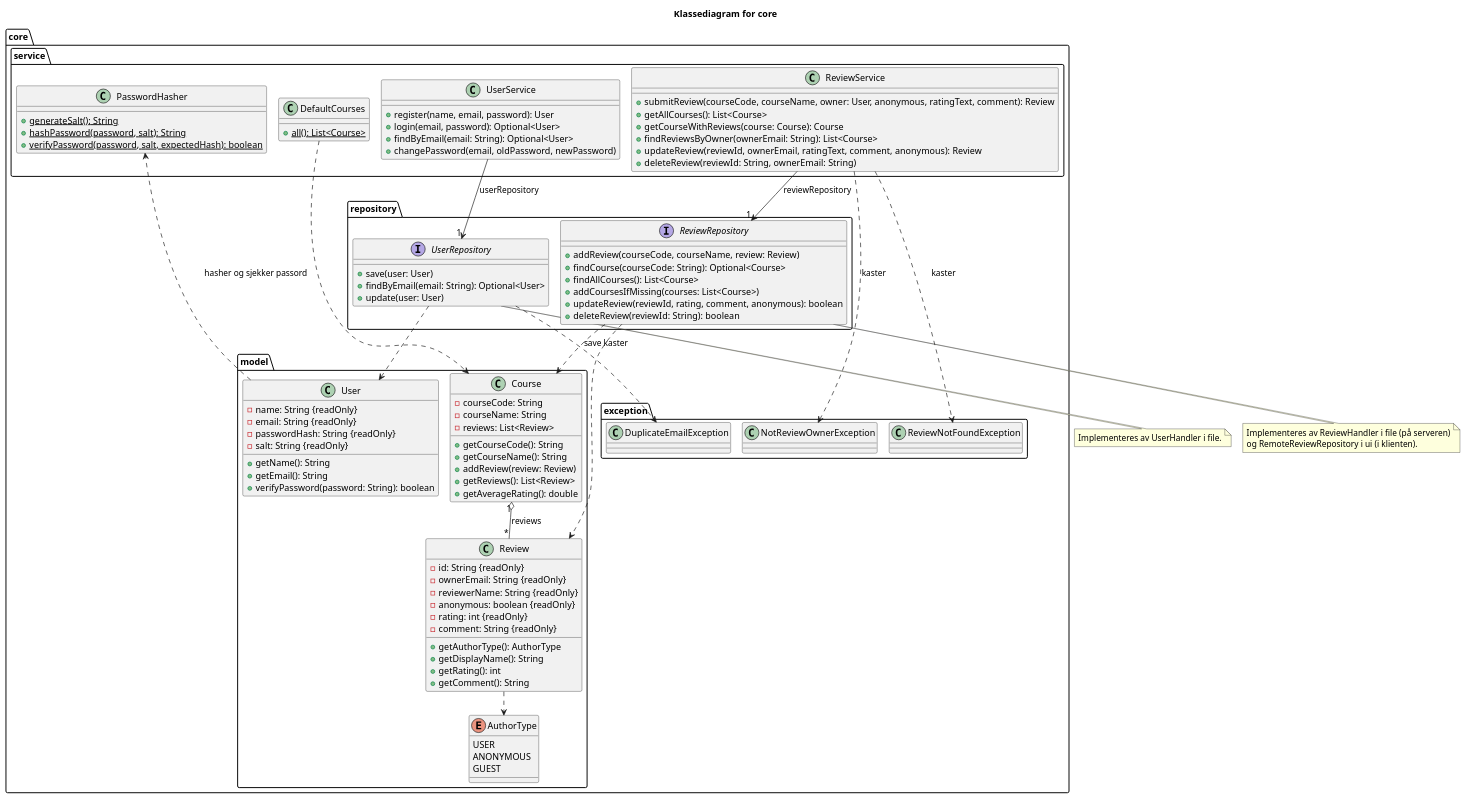
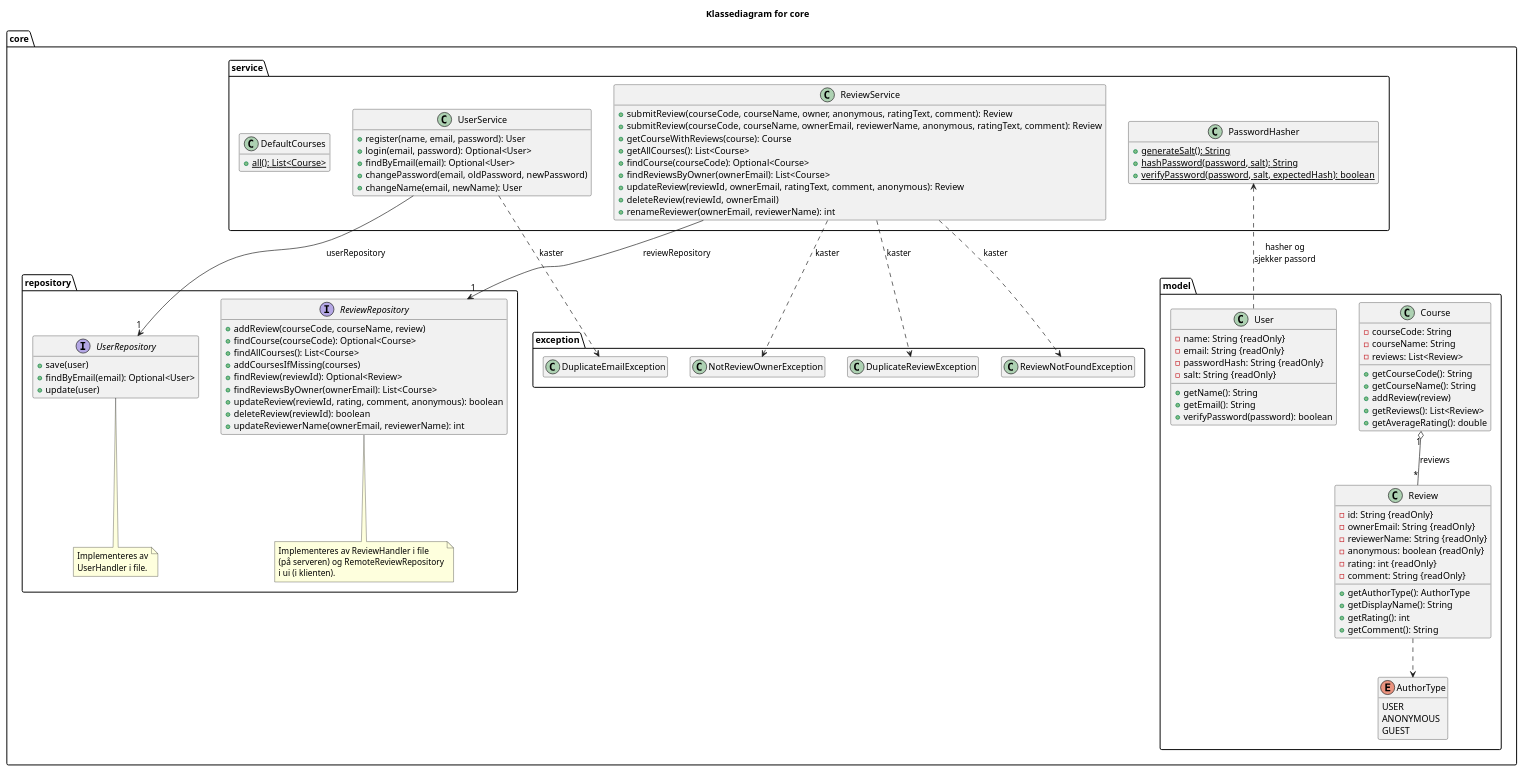
One commit to JesperBarosen/BIThub changed the diagram in arkitektur/klassediagramCore.puml. Above: the diagram before and after it, drawn with PlantUML. The commit also changed 11 other files, not shown here.

First line of the commit message:
Rydd i UML-diagrammene og vis 409

```diff
--- a/arkitektur/klassediagramCore.puml
+++ b/arkitektur/klassediagramCore.puml
@@ -1,123 +1,130 @@
-@startuml
-!pragma layout smetana
+@startuml klassediagramCore
+hide empty members
 
 title Klassediagram for core
+
+package core.service {
+    class UserService {
+        + register(name, email, password): User
+        + login(email, password): Optional<User>
+        + findByEmail(email): Optional<User>
+        + changePassword(email, oldPassword, newPassword)
+        + changeName(email, newName): User
+    }
+
+    class ReviewService {
+        + submitReview(courseCode, courseName, owner, anonymous, ratingText, comment): Review
+        + submitReview(courseCode, courseName, ownerEmail, reviewerName, anonymous, ratingText, comment): Review
+        + getCourseWithReviews(course): Course
+        + getAllCourses(): List<Course>
+        + findCourse(courseCode): Optional<Course>
+        + findReviewsByOwner(ownerEmail): List<Course>
+        + updateReview(reviewId, ownerEmail, ratingText, comment, anonymous): Review
+        + deleteReview(reviewId, ownerEmail)
+        + renameReviewer(ownerEmail, reviewerName): int
+    }
+
+    class PasswordHasher {
+        + {static} generateSalt(): String
+        + {static} hashPassword(password, salt): String
+        + {static} verifyPassword(password, salt, expectedHash): boolean
+    }
+
+    class DefaultCourses {
+        + {static} all(): List<Course>
+    }
+}
+
+package core.repository {
+    interface UserRepository {
+        + save(user)
+        + findByEmail(email): Optional<User>
+        + update(user)
+    }
+
+    interface ReviewRepository {
+        + addReview(courseCode, courseName, review)
+        + findCourse(courseCode): Optional<Course>
+        + findAllCourses(): List<Course>
+        + addCoursesIfMissing(courses)
+        + findReview(reviewId): Optional<Review>
+        + findReviewsByOwner(ownerEmail): List<Course>
+        + updateReview(reviewId, rating, comment, anonymous): boolean
+        + deleteReview(reviewId): boolean
+        + updateReviewerName(ownerEmail, reviewerName): int
+    }
+
+    note bottom of ReviewRepository
+      Implementeres av ReviewHandler i file
+      (på serveren) og RemoteReviewRepository
+      i ui (i klienten).
+    end note
+
+    note bottom of UserRepository
+      Implementeres av
+      UserHandler i file.
+    end note
+}
+
+package core.exception {
+    class DuplicateEmailException
+    class ReviewNotFoundException
+    class NotReviewOwnerException
+    class DuplicateReviewException
+}
 
 package core.model {
     class Course {
         - courseCode: String
         - courseName: String
         - reviews: List<Review>
         + getCourseCode(): String
         + getCourseName(): String
-        + addReview(review: Review)
+        + addReview(review)
         + getReviews(): List<Review>
         + getAverageRating(): double
     }
 
     class Review {
         - id: String {readOnly}
         - ownerEmail: String {readOnly}
         - reviewerName: String {readOnly}
         - anonymous: boolean {readOnly}
         - rating: int {readOnly}
         - comment: String {readOnly}
         + getAuthorType(): AuthorType
         + getDisplayName(): String
         + getRating(): int
         + getComment(): String
     }
 
     enum AuthorType {
         USER
         ANONYMOUS
         GUEST
     }
 
     class User {
         - name: String {readOnly}
         - email: String {readOnly}
         - passwordHash: String {readOnly}
         - salt: String {readOnly}
         + getName(): String
         + getEmail(): String
-        + verifyPassword(password: String): boolean
+        + verifyPassword(password): boolean
     }
 }
 
-package core.service {
-    class ReviewService {
-        + submitReview(courseCode, courseName, owner: User, anonymous, ratingText, comment): Review
-        + getAllCourses(): List<Course>
-        + getCourseWithReviews(course: Course): Course
-        + findReviewsByOwner(ownerEmail: String): List<Course>
-        + updateReview(reviewId, ownerEmail, ratingText, comment, anonymous): Review
-        + deleteReview(reviewId: String, ownerEmail: String)
-    }
+ReviewService --> "1" ReviewRepository : reviewRepository
+UserService --> "1" UserRepository : userRepository
 
-    class UserService {
-        + register(name, email, password): User
-        + login(email, password): Optional<User>
-        + findByEmail(email: String): Optional<User>
-        + changePassword(email, oldPassword, newPassword)
-    }
-
-    class PasswordHasher {
-        + {static} generateSalt(): String
-        + {static} hashPassword(password, salt): String
-        + {static} verifyPassword(password, salt, expectedHash): boolean
-    }
-
-    class DefaultCourses {
-        + {static} all(): List<Course>
-    }
-}
-
-package core.repository {
-    interface ReviewRepository {
-        + addReview(courseCode, courseName, review: Review)
-        + findCourse(courseCode: String): Optional<Course>
-        + findAllCourses(): List<Course>
-        + addCoursesIfMissing(courses: List<Course>)
-        + updateReview(reviewId, rating, comment, anonymous): boolean
-        + deleteReview(reviewId: String): boolean
-    }
-
-    interface UserRepository {
-        + save(user: User)
-        + findByEmail(email: String): Optional<User>
-        + update(user: User)
-    }
-}
-
-package core.exception {
-    class ReviewNotFoundException
-    class NotReviewOwnerException
-    class DuplicateEmailException
-}
+ReviewService ..> ReviewNotFoundException : kaster
+ReviewService ..> NotReviewOwnerException : kaster
+ReviewService ..> DuplicateReviewException : kaster
+UserService ..> DuplicateEmailException : kaster
 
 Course "1" o-- "*" Review : reviews
 Review ..> AuthorType
-User ..> PasswordHasher : hasher og sjekker passord
-
-ReviewService --> "1" ReviewRepository : reviewRepository
-UserService --> "1" UserRepository : userRepository
-ReviewService ..> ReviewNotFoundException : kaster
-ReviewService ..> NotReviewOwnerException : kaster
-UserRepository ..> DuplicateEmailException : save kaster
-DefaultCourses ..> Course
-
-ReviewRepository ..> Course
-ReviewRepository ..> Review
-UserRepository ..> User
-
-note bottom of ReviewRepository
-  Implementeres av ReviewHandler i file (på serveren)
-  og RemoteReviewRepository i ui (i klienten).
-end note
-
-note bottom of UserRepository
-  Implementeres av UserHandler i file.
-end note
+PasswordHasher <.. User : hasher og\nsjekker passord
 
 @enduml
```
